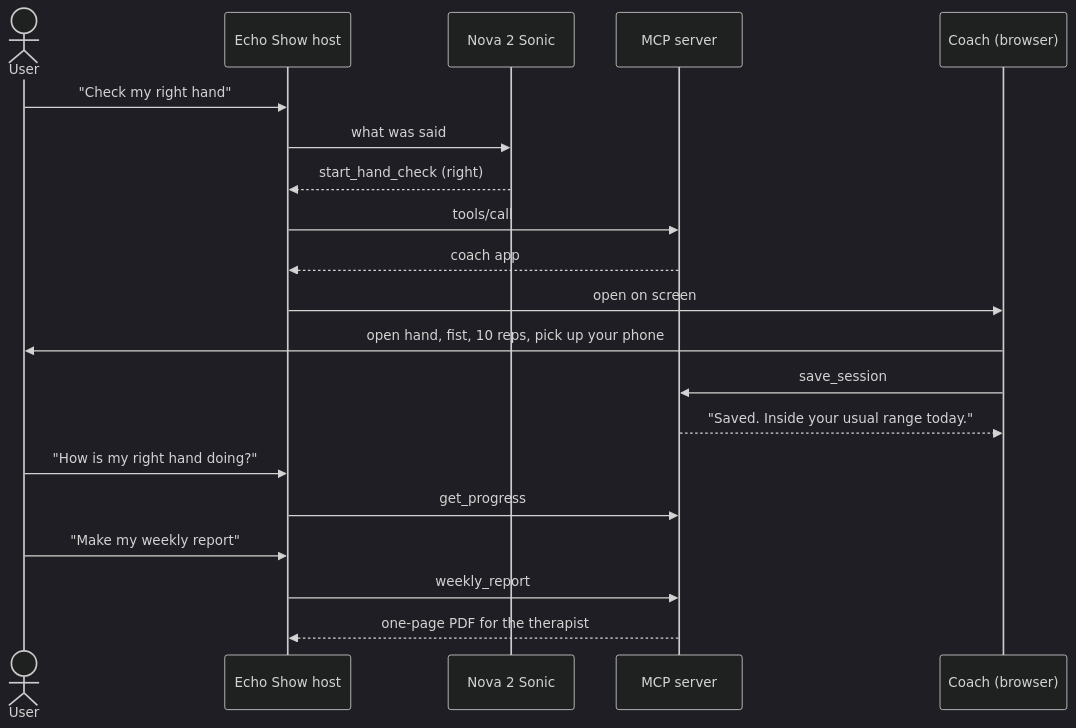
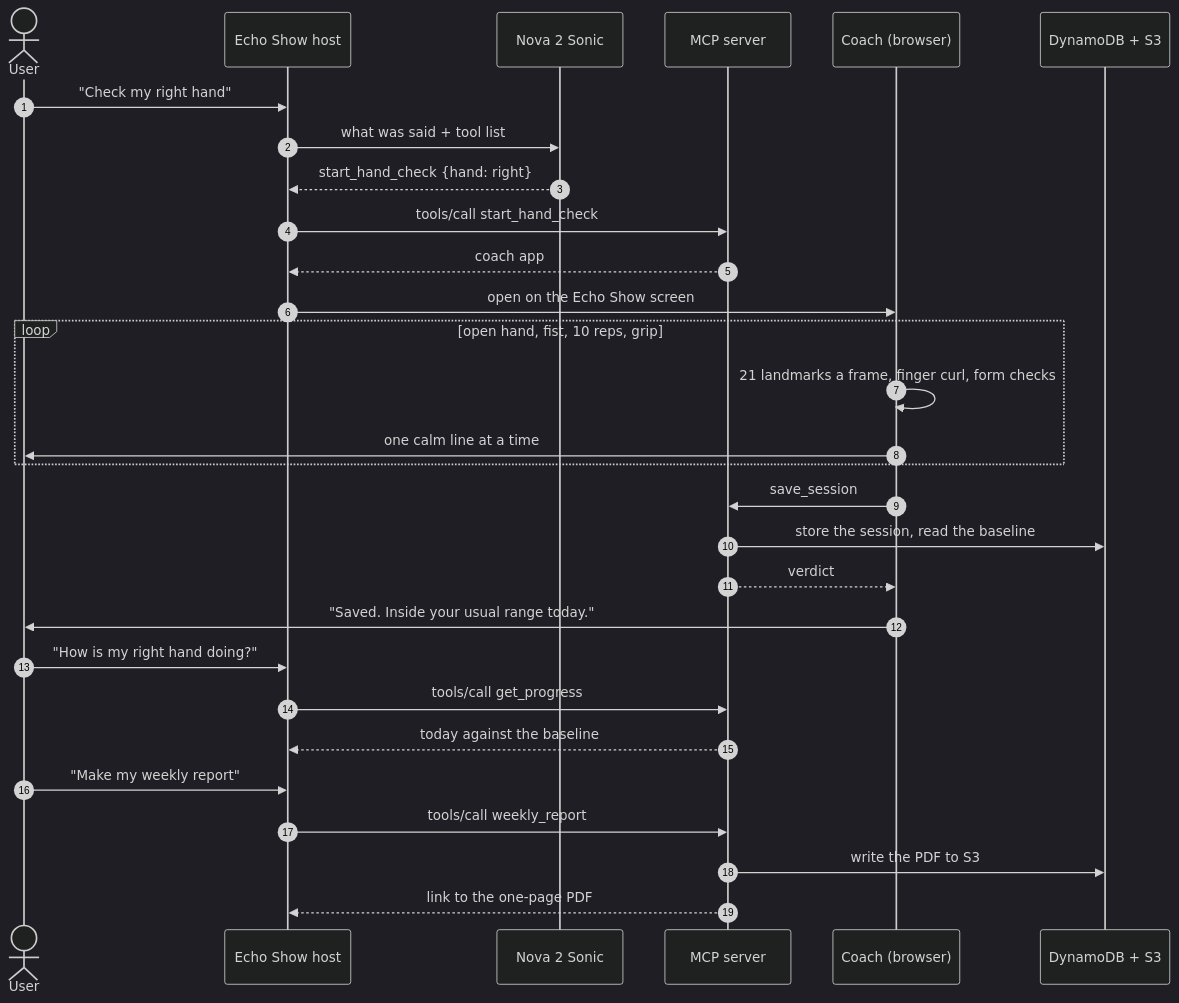
One commit to omshukla24/flexion changed the second of 2 diagrams in README.md. Above: the diagram before and after it, drawn with Mermaid (dark theme). The commit also changed other lines of this file, not shown here.

````diff
--- a/README.md
+++ b/README.md
@@ -43,22 +92,32 @@
 ```mermaid
 sequenceDiagram
+    autonumber
     actor U as User
     participant H as Echo Show host
     participant S as Nova 2 Sonic
     participant M as MCP server
     participant C as Coach (browser)
+    participant D as DynamoDB + S3
+
     U->>H: "Check my right hand"
-    H->>S: what was said
-    S-->>H: start_hand_check (right)
-    H->>M: tools/call
+    H->>S: what was said + tool list
+    S-->>H: start_hand_check {hand: right}
+    H->>M: tools/call start_hand_check
     M-->>H: coach app
-    H->>C: open on screen
-    C->>U: open hand, fist, 10 reps, pick up your phone
+    H->>C: open on the Echo Show screen
+    loop open hand, fist, 10 reps, grip
+        C->>C: 21 landmarks a frame, finger curl, form checks
+        C->>U: one calm line at a time
+    end
     C->>M: save_session
-    M-->>C: "Saved. Inside your usual range today."
+    M->>D: store the session, read the baseline
+    M-->>C: verdict
+    C->>U: "Saved. Inside your usual range today."
     U->>H: "How is my right hand doing?"
-    H->>M: get_progress
+    H->>M: tools/call get_progress
+    M-->>H: today against the baseline
     U->>H: "Make my weekly report"
-    H->>M: weekly_report
-    M-->>H: one-page PDF for the therapist
+    H->>M: tools/call weekly_report
+    M->>D: write the PDF to S3
+    M-->>H: link to the one-page PDF
 ```
````
